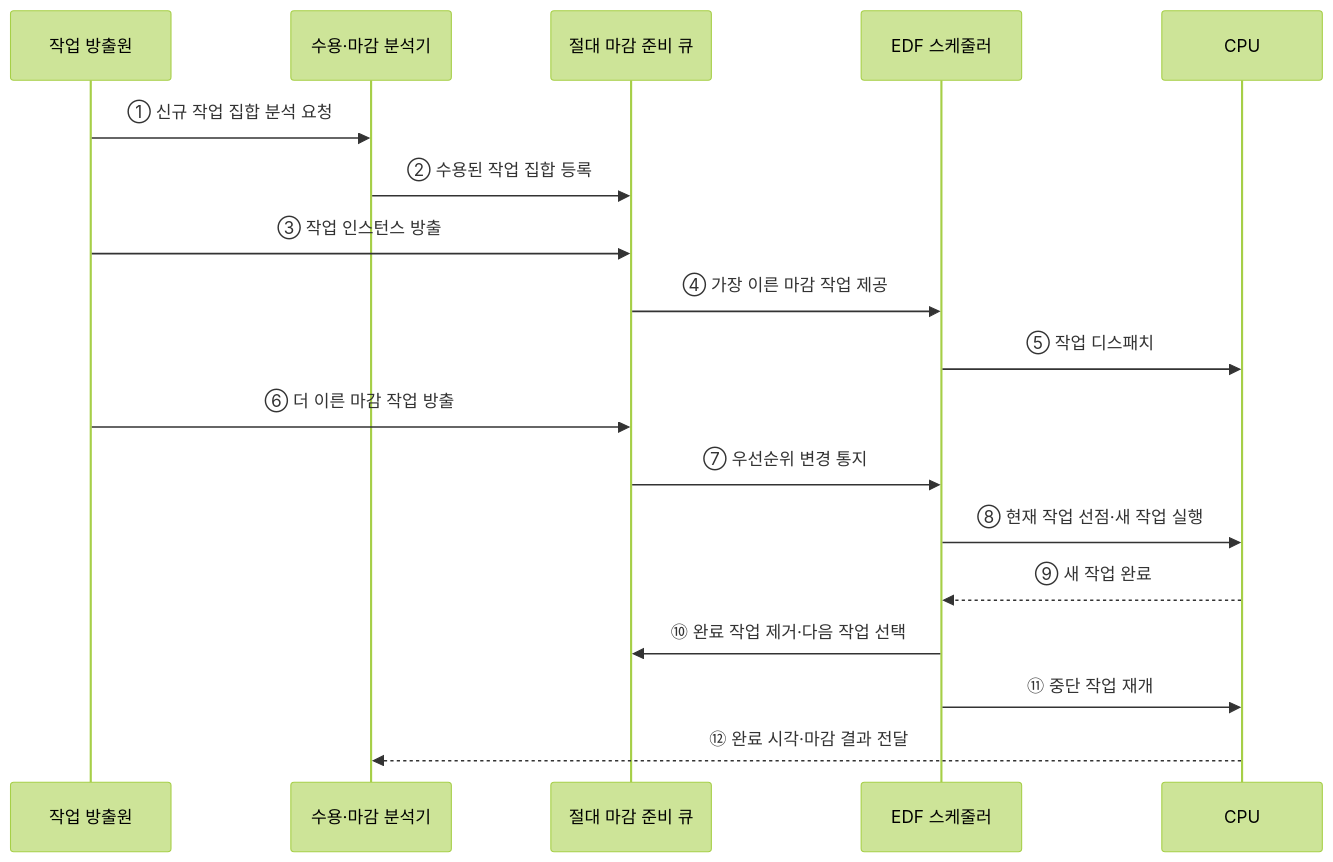
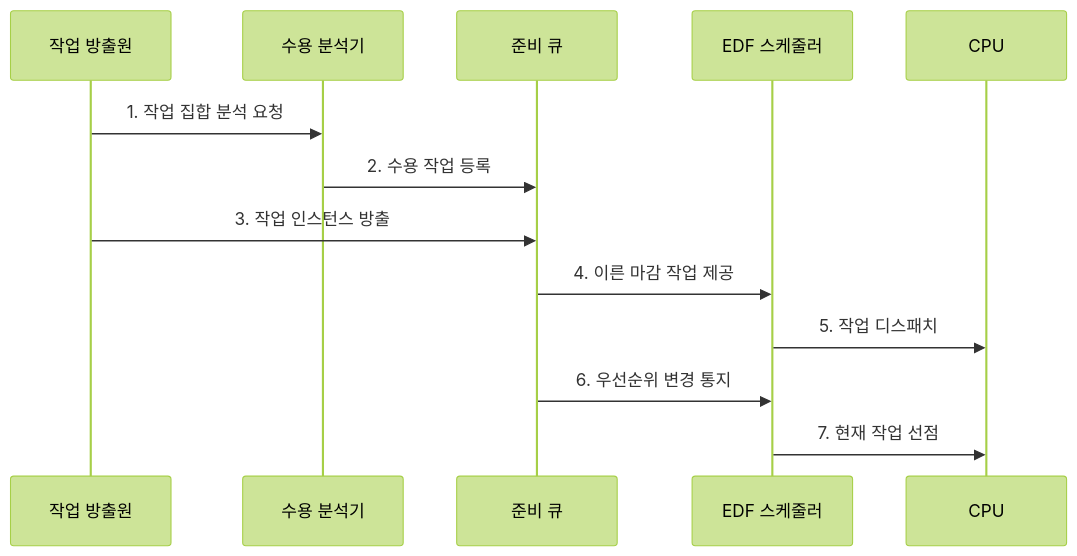
The second of 2 diagrams in src/content/docs/notes/03-software/007_realtime_scheduling.md (agnusdei1207/knowledge-base), drawn with Mermaid (forest theme) before and after one commit. The commit also changed other lines of this file and 20 other files, not shown here.

````diff
--- a/src/content/docs/notes/03-software/007_realtime_scheduling.md
+++ b/src/content/docs/notes/03-software/007_realtime_scheduling.md
@@ -88,21 +105,15 @@
 ```mermaid
 sequenceDiagram
     participant J as 작업 방출원
-    participant A as 수용·마감 분석기
-    participant Q as 절대 마감 준비 큐
+    participant A as 수용 분석기
+    participant Q as 준비 큐
     participant S as EDF 스케줄러
     participant C as CPU
-
-    J->>A: ① 신규 작업 집합 분석 요청
-    A->>Q: ② 수용된 작업 집합 등록
-    J->>Q: ③ 작업 인스턴스 방출
-    Q->>S: ④ 가장 이른 마감 작업 제공
-    S->>C: ⑤ 작업 디스패치
-    J->>Q: ⑥ 더 이른 마감 작업 방출
-    Q->>S: ⑦ 우선순위 변경 통지
-    S->>C: ⑧ 현재 작업 선점·새 작업 실행
-    C-->>S: ⑨ 새 작업 완료
-    S->>Q: ⑩ 완료 작업 제거·다음 작업 선택
-    S->>C: ⑪ 중단 작업 재개
-    C-->>A: ⑫ 완료 시각·마감 결과 전달
+    J->>A: 1. 작업 집합 분석 요청
+    A->>Q: 2. 수용 작업 등록
+    J->>Q: 3. 작업 인스턴스 방출
+    Q->>S: 4. 이른 마감 작업 제공
+    S->>C: 5. 작업 디스패치
+    Q->>S: 6. 우선순위 변경 통지
+    S->>C: 7. 현재 작업 선점
 ```
````
